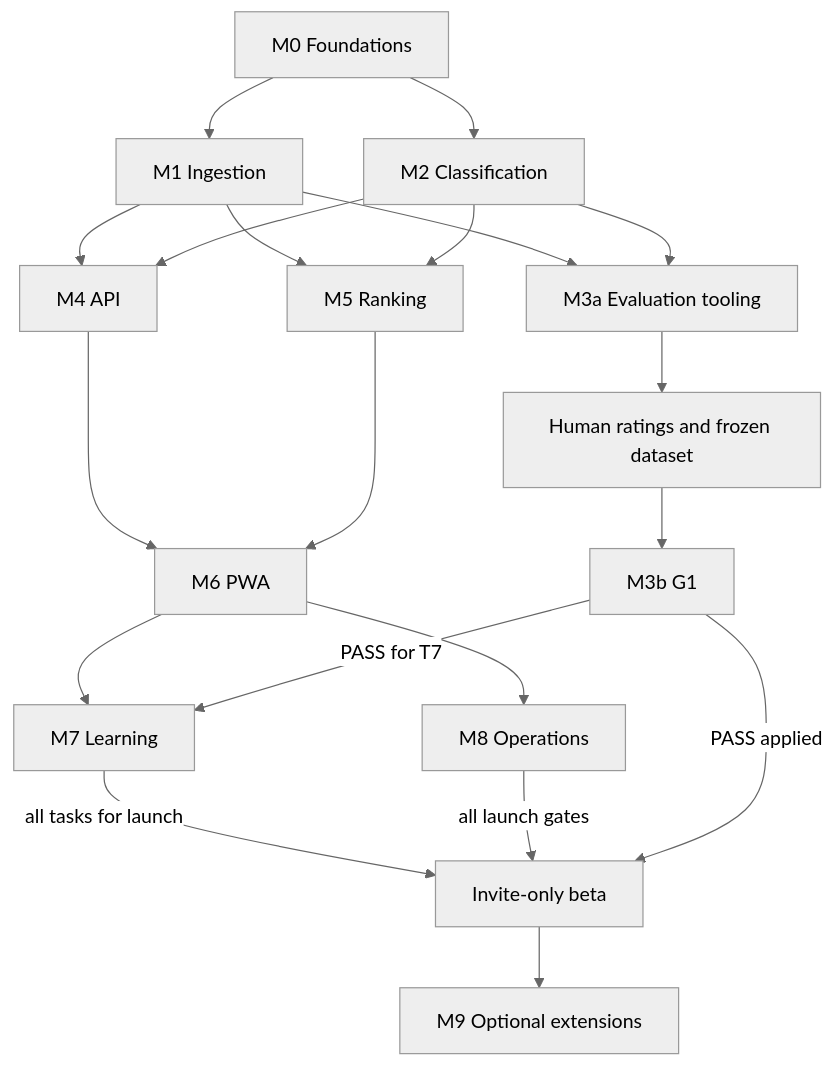
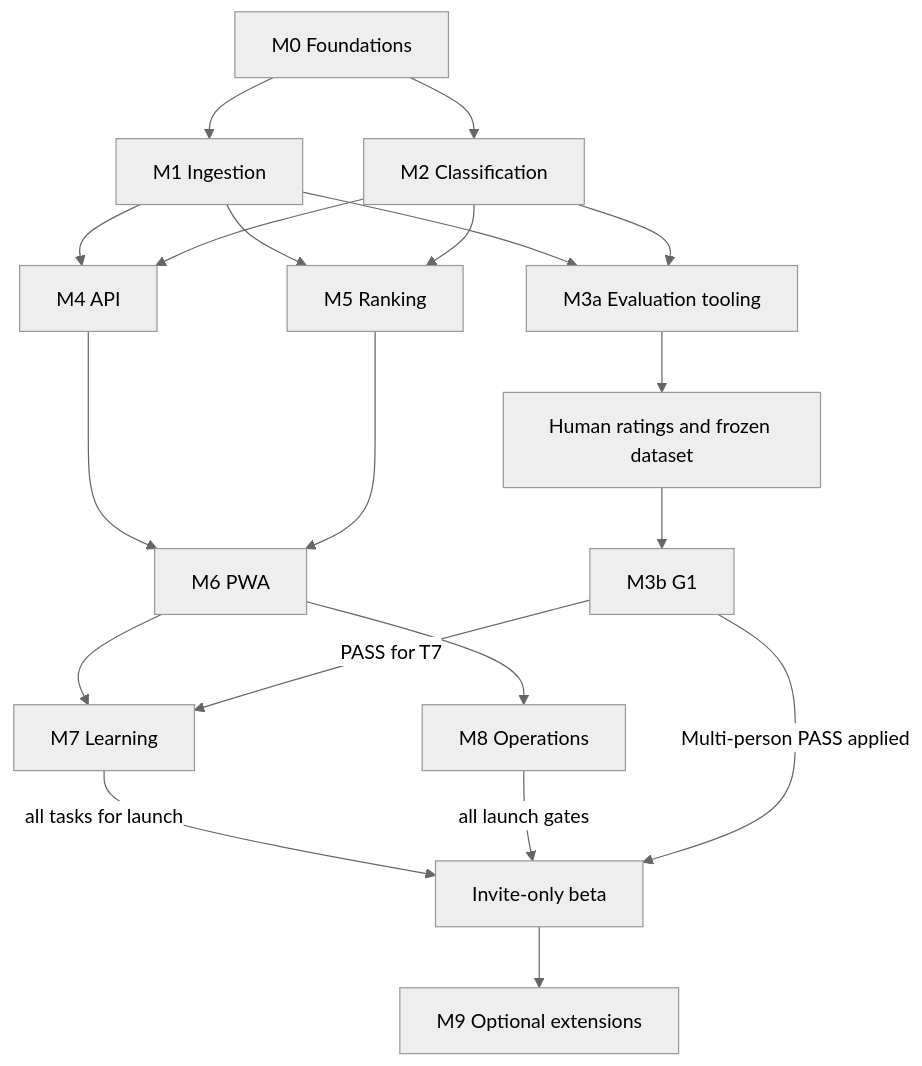
Before and after one commit to martinambrus/feedit.sk: the diagram in docs/next-gen/PLAN.md, drawn with Mermaid (neutral theme). The commit also changed other lines of this file and 13 other files, not shown here.

````diff
--- a/docs/next-gen/PLAN.md
+++ b/docs/next-gen/PLAN.md
@@ -220,22 +235,22 @@
 ```mermaid
 flowchart TD
   M0["M0 Foundations"] --> M1["M1 Ingestion"]
   M0 --> M2["M2 Classification"]
   M1 --> M3a["M3a Evaluation tooling"]
   M2 --> M3a
   M1 --> M4["M4 API"]
   M2 --> M4
   M1 --> M5["M5 Ranking"]
   M2 --> M5
   M3a --> H["Human ratings and frozen dataset"]
   H --> M3b["M3b G1"]
   M4 --> M6["M6 PWA"]
   M5 --> M6
   M6 --> M7["M7 Learning"]
   M3b -->|"PASS for T7"| M7
   M6 --> M8["M8 Operations"]
   M7 -->|"all tasks for launch"| L["Invite-only beta"]
   M8 -->|"all launch gates"| L
-  M3b -->|"PASS applied"| L
+  M3b -->|"Multi-person PASS applied"| L
   L --> M9["M9 Optional extensions"]
 ```
````
